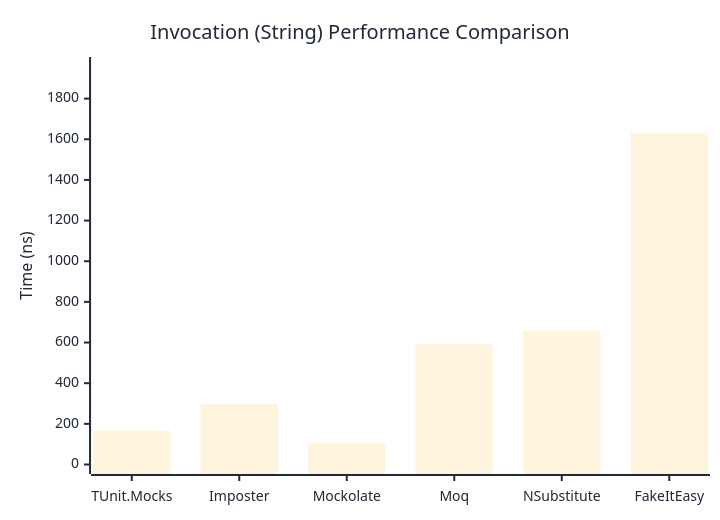
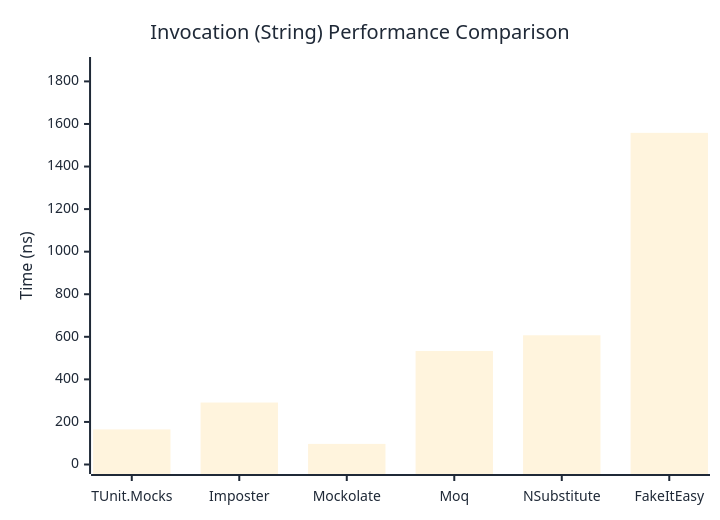
One commit to thomhurst/TUnit changed the second of 3 diagrams in docs/docs/benchmarks/mocks/Invocation.md. Above: the diagram before and after it, drawn with Mermaid. The commit also changed other lines of this file and 14 other files, not shown here.

````diff
--- a/docs/docs/benchmarks/mocks/Invocation.md
+++ b/docs/docs/benchmarks/mocks/Invocation.md
@@ -71,27 +71,27 @@
 ```mermaid
 %%{init: {
   'theme':'base',
   'themeVariables': {
     'primaryColor': '#2563eb',
     'primaryTextColor': '#1f2937',
     'primaryBorderColor': '#1e40af',
     'lineColor': '#6b7280',
     'secondaryColor': '#7c3aed',
     'tertiaryColor': '#dc2626',
     'background': '#ffffff',
     'pie1': '#2563eb',
     'pie2': '#7c3aed',
     'pie3': '#dc2626',
     'pie4': '#f59e0b',
     'pie5': '#10b981',
     'pie6': '#06b6d4',
     'pie7': '#ec4899',
     'pie8': '#6366f1'
   }
 }}%%
 xychart-beta
   title "Invocation (String) Performance Comparison"
   x-axis ["TUnit.Mocks", "Imposter", "Mockolate", "Moq", "NSubstitute", "FakeItEasy"]
-  y-axis "Time (ns)" 0 --> 1958
-  bar [166.5, 297.6, 105.2, 592.3, 658.2, 1631.3]
+  y-axis "Time (ns)" 0 --> 1870
+  bar [164.89, 291.19, 96.72, 533.41, 607.13, 1558.27]
 ```
````
